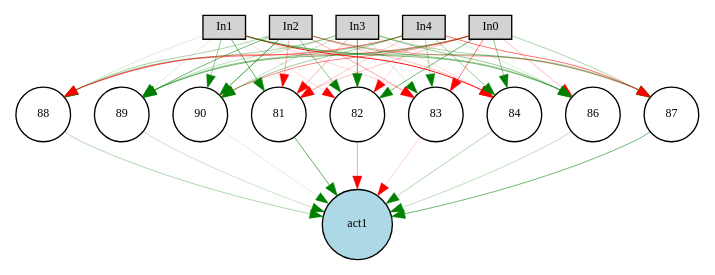
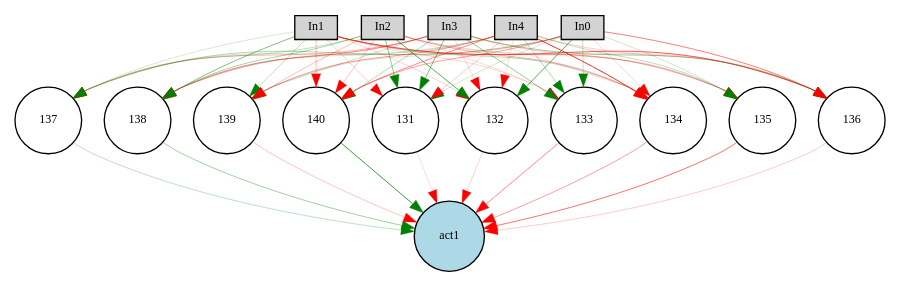
One commit to Siirui/CarRacing_Neat changed the diagram in Digraph.gv. Above: the diagram before and after it, drawn with Graphviz. The commit also changed 16 other files, not shown here.

```diff
--- a/Digraph.gv
+++ b/Digraph.gv
@@ -1,72 +1,79 @@
 digraph {
 	node [fontsize=9 height=0.2 shape=circle width=0.2]
 	In0 [fillcolor=lightgray shape=box style=filled]
 	In1 [fillcolor=lightgray shape=box style=filled]
 	In2 [fillcolor=lightgray shape=box style=filled]
 	In3 [fillcolor=lightgray shape=box style=filled]
 	In4 [fillcolor=lightgray shape=box style=filled]
 	act1 [fillcolor=lightblue style=filled]
-	81 [fillcolor=white style=filled]
-	82 [fillcolor=white style=filled]
-	83 [fillcolor=white style=filled]
-	84 [fillcolor=white style=filled]
-	86 [fillcolor=white style=filled]
-	87 [fillcolor=white style=filled]
-	88 [fillcolor=white style=filled]
-	89 [fillcolor=white style=filled]
-	90 [fillcolor=white style=filled]
-	In0 -> 81 [color=red penwidth=0.17722897232601365 style=solid]
-	In0 -> 82 [color=green penwidth=0.43409523231249525 style=solid]
-	In0 -> 83 [color=red penwidth=0.41987257019539426 style=solid]
-	In0 -> 84 [color=green penwidth=0.3424760832620022 style=solid]
-	In0 -> 86 [color=red penwidth=0.206050591808977 style=solid]
-	In0 -> 87 [color=green penwidth=0.24897509673699983 style=solid]
-	In0 -> 88 [color=red penwidth=0.3553664140830569 style=solid]
-	In0 -> 89 [color=green penwidth=0.41782464186607193 style=solid]
-	In0 -> 90 [color=red penwidth=0.3574463815124318 style=solid]
-	In1 -> 81 [color=green penwidth=0.44015432556475875 style=solid]
-	In1 -> 82 [color=red penwidth=0.10339236997614348 style=solid]
-	In1 -> 83 [color=red penwidth=0.13713442087194738 style=solid]
-	In1 -> 84 [color=red penwidth=0.6950520427227299 style=solid]
-	In1 -> 86 [color=green penwidth=0.3850933567587771 style=solid]
-	In1 -> 87 [color=green penwidth=0.3533668187124013 style=solid]
-	In1 -> 88 [color=green penwidth=0.10601187769344073 style=solid]
-	In1 -> 89 [color=green penwidth=0.1137539882092447 style=solid]
-	In1 -> 90 [color=green penwidth=0.3049676882118385 style=solid]
-	In2 -> 81 [color=red penwidth=0.25270718843434514 style=solid]
-	In2 -> 82 [color=green penwidth=0.3239667100517526 style=solid]
-	In2 -> 83 [color=red penwidth=0.25784170628281794 style=solid]
-	In2 -> 84 [color=red penwidth=0.18192110013004736 style=solid]
-	In2 -> 86 [color=green penwidth=0.30296748542150664 style=solid]
-	In2 -> 87 [color=red penwidth=0.2600222461914127 style=solid]
-	In2 -> 88 [color=green penwidth=0.2634481715591345 style=solid]
-	In2 -> 89 [color=green penwidth=0.4054270445487914 style=solid]
-	In2 -> 90 [color=green penwidth=0.5853022907848573 style=solid]
-	In3 -> 81 [color=red penwidth=0.2375458531558817 style=solid]
-	In3 -> 82 [color=green penwidth=0.5110883369123179 style=solid]
-	In3 -> 83 [color=green penwidth=0.13212542255967288 style=solid]
-	In3 -> 84 [color=red penwidth=0.11076598042833147 style=solid]
-	In3 -> 86 [color=green penwidth=0.3195784063550689 style=solid]
-	In3 -> 87 [color=green penwidth=0.23892298411424168 style=solid]
-	In3 -> 88 [color=green penwidth=0.2674050037360426 style=solid]
-	In3 -> 89 [color=green penwidth=0.19654837632991012 style=solid]
-	In3 -> 90 [color=green penwidth=0.17694620444759906 style=solid]
-	In4 -> 81 [color=red penwidth=0.16714062261498322 style=solid]
-	In4 -> 82 [color=red penwidth=0.11595874815487282 style=solid]
-	In4 -> 83 [color=green penwidth=0.23998005375696943 style=solid]
-	In4 -> 84 [color=green penwidth=0.31393792340634824 style=solid]
-	In4 -> 86 [color=green penwidth=0.11486378047586729 style=solid]
-	In4 -> 87 [color=red penwidth=0.42008388504159466 style=solid]
-	In4 -> 88 [color=red penwidth=0.41850821259744797 style=solid]
-	In4 -> 89 [color=green penwidth=0.29853607660813347 style=solid]
-	In4 -> 90 [color=green penwidth=0.28716039138271465 style=solid]
-	81 -> act1 [color=green penwidth=0.47283825822400904 style=solid]
-	82 -> act1 [color=red penwidth=0.26897447018576387 style=solid]
-	83 -> act1 [color=red penwidth=0.1417034864788389 style=solid]
-	84 -> act1 [color=green penwidth=0.24071732537967938 style=solid]
-	86 -> act1 [color=green penwidth=0.20184544490492776 style=solid]
-	87 -> act1 [color=green penwidth=0.41615078771605774 style=solid]
-	88 -> act1 [color=green penwidth=0.23968395956624106 style=solid]
-	89 -> act1 [color=green penwidth=0.16827228677582928 style=solid]
-	90 -> act1 [color=green penwidth=0.10305617592218205 style=solid]
+	131 [fillcolor=white style=filled]
+	132 [fillcolor=white style=filled]
+	133 [fillcolor=white style=filled]
+	134 [fillcolor=white style=filled]
+	135 [fillcolor=white style=filled]
+	136 [fillcolor=white style=filled]
+	137 [fillcolor=white style=filled]
+	138 [fillcolor=white style=filled]
+	139 [fillcolor=white style=filled]
+	140 [fillcolor=white style=filled]
+	In0 -> 131 [color=green penwidth=0.1444978860667961 style=solid]
+	In0 -> 132 [color=green penwidth=0.4939693876892304 style=solid]
+	In0 -> 133 [color=green penwidth=0.18221694138566707 style=solid]
+	In0 -> 134 [color=red penwidth=0.13186798728047422 style=solid]
+	In0 -> 135 [color=green penwidth=0.15154318439707004 style=solid]
+	In0 -> 136 [color=red penwidth=0.39132543778761864 style=solid]
+	In0 -> 137 [color=green penwidth=0.23966154932985026 style=solid]
+	In0 -> 138 [color=red penwidth=0.16537651120008573 style=solid]
+	In0 -> 139 [color=green penwidth=0.119640170223202 style=solid]
+	In0 -> 140 [color=red penwidth=0.2934968315034868 style=solid]
+	In1 -> 131 [color=red penwidth=0.15302318718833385 style=solid]
+	In1 -> 132 [color=red penwidth=0.13912048548907277 style=solid]
+	In1 -> 133 [color=red penwidth=0.12593912155703724 style=solid]
+	In1 -> 134 [color=green penwidth=0.23122629333664735 style=solid]
+	In1 -> 135 [color=red penwidth=0.2588368239290717 style=solid]
+	In1 -> 136 [color=red penwidth=0.49353324551253475 style=solid]
+	In1 -> 137 [color=green penwidth=0.12665166825441063 style=solid]
+	In1 -> 138 [color=green penwidth=0.3655547521919814 style=solid]
+	In1 -> 139 [color=green penwidth=0.21204210156954628 style=solid]
+	In1 -> 140 [color=red penwidth=0.20075520234227898 style=solid]
+	In2 -> 131 [color=green penwidth=0.3232555520573489 style=solid]
+	In2 -> 132 [color=green penwidth=0.49055037178353855 style=solid]
+	In2 -> 133 [color=red penwidth=0.11662353546515827 style=solid]
+	In2 -> 134 [color=red penwidth=0.26312563027054503 style=solid]
+	In2 -> 135 [color=green penwidth=0.11414647711417013 style=solid]
+	In2 -> 136 [color=red penwidth=0.14300567665335467 style=solid]
+	In2 -> 137 [color=green penwidth=0.1879291310378302 style=solid]
+	In2 -> 138 [color=green penwidth=0.2580196330430722 style=solid]
+	In2 -> 139 [color=red penwidth=0.19626371436469664 style=solid]
+	In2 -> 140 [color=red penwidth=0.18083147778711448 style=solid]
+	In3 -> 131 [color=green penwidth=0.3702013895918157 style=solid]
+	In3 -> 132 [color=red penwidth=0.13338966558914525 style=solid]
+	In3 -> 133 [color=green penwidth=0.3065021821392706 style=solid]
+	In3 -> 134 [color=red penwidth=0.11764663640927078 style=solid]
+	In3 -> 135 [color=red penwidth=0.17743262433915025 style=solid]
+	In3 -> 136 [color=green penwidth=0.31453696378816437 style=solid]
+	In3 -> 137 [color=red penwidth=0.2425771295419047 style=solid]
+	In3 -> 138 [color=red penwidth=0.3683458703949226 style=solid]
+	In3 -> 139 [color=green penwidth=0.16684383461926516 style=solid]
+	In3 -> 140 [color=green penwidth=0.2274288269311487 style=solid]
+	In4 -> 131 [color=red penwidth=0.15996877859488373 style=solid]
+	In4 -> 132 [color=red penwidth=0.10371714785261549 style=solid]
+	In4 -> 133 [color=green penwidth=0.2287091938274962 style=solid]
+	In4 -> 134 [color=red penwidth=0.6344757038336667 style=solid]
+	In4 -> 135 [color=green penwidth=0.20095670769414023 style=solid]
+	In4 -> 136 [color=red penwidth=0.15879199053388587 style=solid]
+	In4 -> 137 [color=green penwidth=0.14393559553318874 style=solid]
+	In4 -> 138 [color=green penwidth=0.1640204797431748 style=solid]
+	In4 -> 139 [color=red penwidth=0.31562920744906703 style=solid]
+	In4 -> 140 [color=red penwidth=0.34503636089058315 style=solid]
+	131 -> act1 [color=red penwidth=0.10958769023166404 style=solid]
+	132 -> act1 [color=red penwidth=0.13836229510414744 style=solid]
+	133 -> act1 [color=red penwidth=0.35210833530309493 style=solid]
+	134 -> act1 [color=red penwidth=0.2890402014163593 style=solid]
+	135 -> act1 [color=red penwidth=0.422542097193342 style=solid]
+	136 -> act1 [color=red penwidth=0.15524731543131734 style=solid]
+	137 -> act1 [color=green penwidth=0.1948324126353672 style=solid]
+	138 -> act1 [color=green penwidth=0.28249121495078794 style=solid]
+	139 -> act1 [color=red penwidth=0.17854082752995978 style=solid]
+	140 -> act1 [color=green penwidth=0.5739525671164368 style=solid]
 }
```
